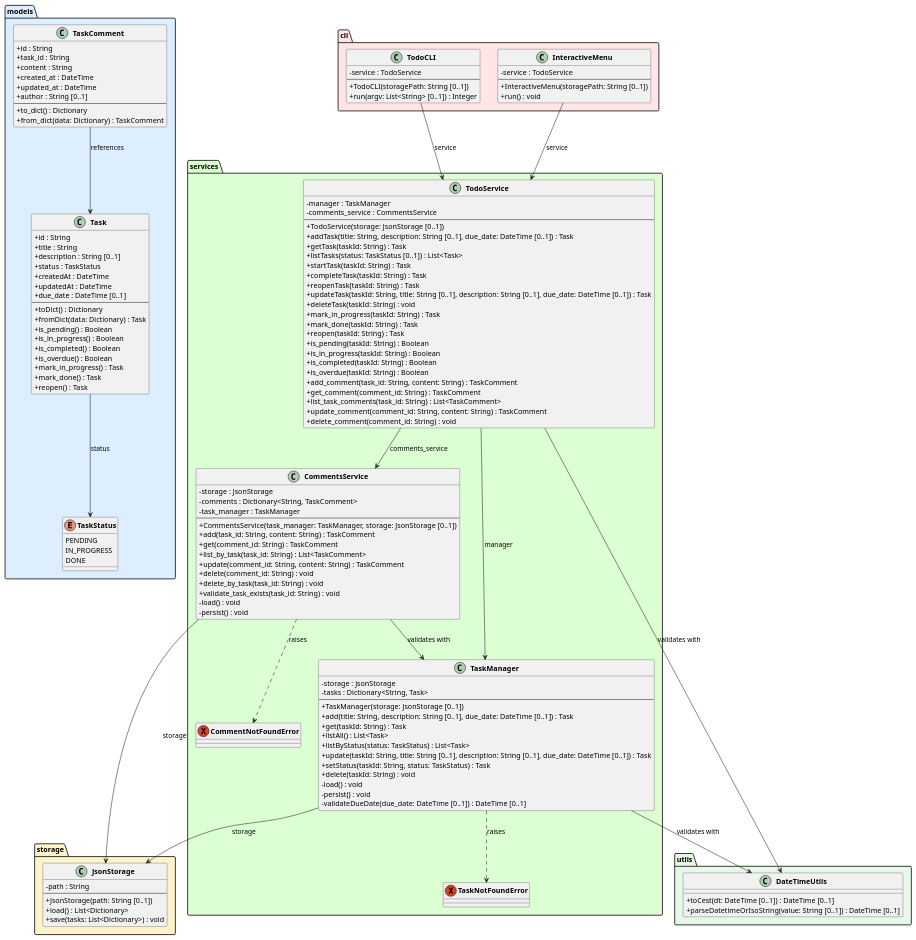
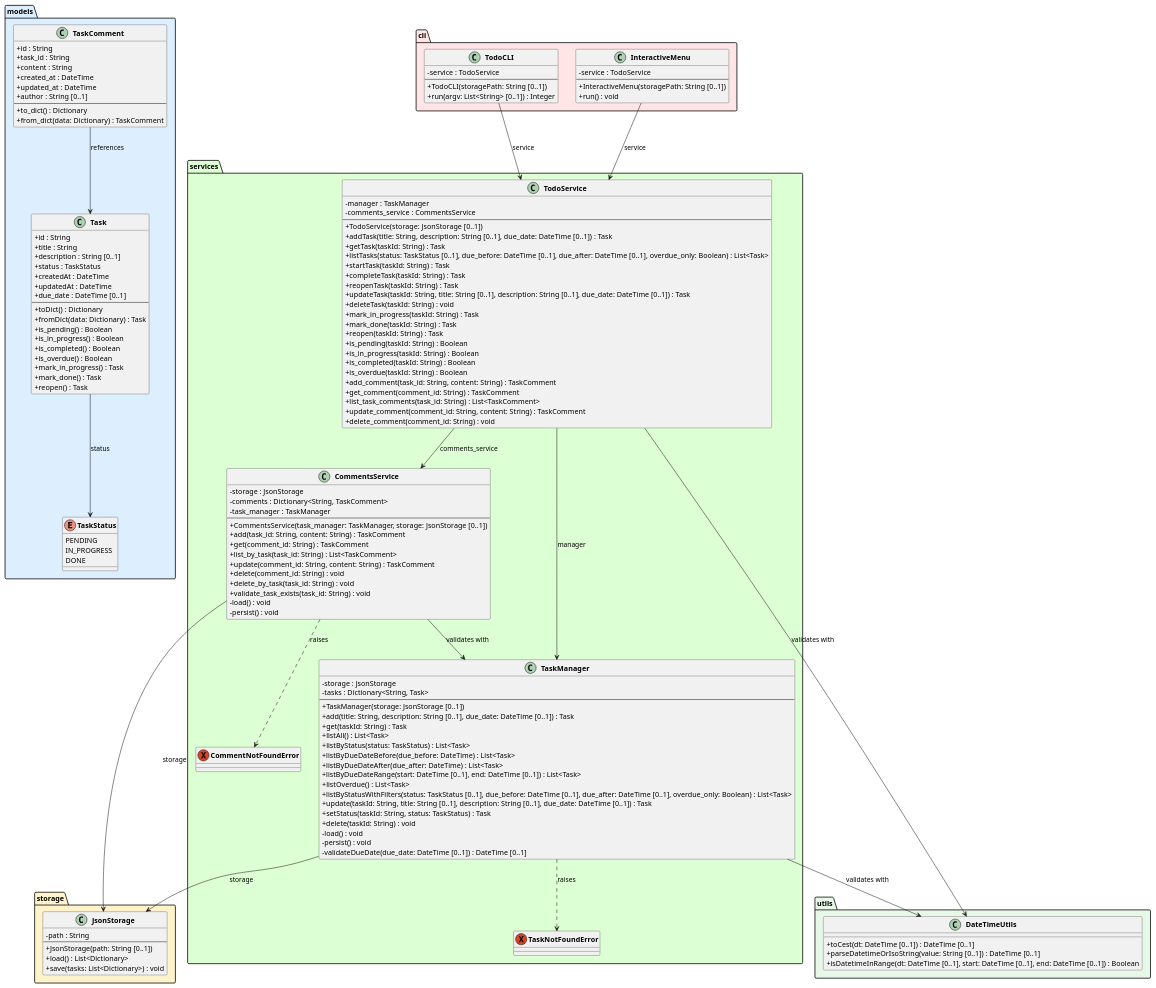
The diagram in experiments/supervisor_as_tools/user_stories/TODO/artifacts/class_diagram.puml (DanielRiha8906/Software_autoevolution_using_agents), drawn with PlantUML before and after one commit. The commit also changed 9 other files, not shown here.

```diff
--- a/experiments/supervisor_as_tools/user_stories/TODO/artifacts/class_diagram.puml
+++ b/experiments/supervisor_as_tools/user_stories/TODO/artifacts/class_diagram.puml
@@ -1,159 +1,165 @@
 @startuml class_diagram
 
 skinparam classAttributeIconSize 0
 skinparam classFontStyle bold
 
 package "models" #DDEEFF {
     enum TaskStatus {
         PENDING
         IN_PROGRESS
         DONE
     }
 
     class Task {
         +id : String
         +title : String
         +description : String [0..1]
         +status : TaskStatus
         +createdAt : DateTime
         +updatedAt : DateTime
         +due_date : DateTime [0..1]
         --
         +toDict() : Dictionary
         +fromDict(data: Dictionary) : Task
         +is_pending() : Boolean
         +is_in_progress() : Boolean
         +is_completed() : Boolean
         +is_overdue() : Boolean
         +mark_in_progress() : Task
         +mark_done() : Task
         +reopen() : Task
     }
 
     class TaskComment {
         +id : String
         +task_id : String
         +content : String
         +created_at : DateTime
         +updated_at : DateTime
         +author : String [0..1]
         --
         +to_dict() : Dictionary
         +from_dict(data: Dictionary) : TaskComment
     }
 }
 
 package "utils" #E8F8E8 {
     class DateTimeUtils {
         +toCest(dt: DateTime [0..1]) : DateTime [0..1]
         +parseDatetimeOrIsoString(value: String [0..1]) : DateTime [0..1]
+        +isDatetimeInRange(dt: DateTime [0..1], start: DateTime [0..1], end: DateTime [0..1]) : Boolean
     }
 }
 
 package "storage" #FFF3CC {
     class JsonStorage {
         -path : String
         --
         +JsonStorage(path: String [0..1])
         +load() : List<Dictionary>
         +save(tasks: List<Dictionary>) : void
     }
 }
 
 package "services" #DDFFD4 {
     exception TaskNotFoundError
     exception CommentNotFoundError
 
     class TaskManager {
         -storage : JsonStorage
         -tasks : Dictionary<String, Task>
         --
         +TaskManager(storage: JsonStorage [0..1])
         +add(title: String, description: String [0..1], due_date: DateTime [0..1]) : Task
         +get(taskId: String) : Task
         +listAll() : List<Task>
         +listByStatus(status: TaskStatus) : List<Task>
+        +listByDueDateBefore(due_before: DateTime) : List<Task>
+        +listByDueDateAfter(due_after: DateTime) : List<Task>
+        +listByDueDateRange(start: DateTime [0..1], end: DateTime [0..1]) : List<Task>
+        +listOverdue() : List<Task>
+        +listByStatusWithFilters(status: TaskStatus [0..1], due_before: DateTime [0..1], due_after: DateTime [0..1], overdue_only: Boolean) : List<Task>
         +update(taskId: String, title: String [0..1], description: String [0..1], due_date: DateTime [0..1]) : Task
         +setStatus(taskId: String, status: TaskStatus) : Task
         +delete(taskId: String) : void
         -load() : void
         -persist() : void
         -validateDueDate(due_date: DateTime [0..1]) : DateTime [0..1]
     }
 
     class CommentsService {
         -storage : JsonStorage
         -comments : Dictionary<String, TaskComment>
         -task_manager : TaskManager
         --
         +CommentsService(task_manager: TaskManager, storage: JsonStorage [0..1])
         +add(task_id: String, content: String) : TaskComment
         +get(comment_id: String) : TaskComment
         +list_by_task(task_id: String) : List<TaskComment>
         +update(comment_id: String, content: String) : TaskComment
         +delete(comment_id: String) : void
         +delete_by_task(task_id: String) : void
         +validate_task_exists(task_id: String) : void
         -load() : void
         -persist() : void
     }
 
     class TodoService {
         -manager : TaskManager
         -comments_service : CommentsService
         --
         +TodoService(storage: JsonStorage [0..1])
         +addTask(title: String, description: String [0..1], due_date: DateTime [0..1]) : Task
         +getTask(taskId: String) : Task
-        +listTasks(status: TaskStatus [0..1]) : List<Task>
+        +listTasks(status: TaskStatus [0..1], due_before: DateTime [0..1], due_after: DateTime [0..1], overdue_only: Boolean) : List<Task>
         +startTask(taskId: String) : Task
         +completeTask(taskId: String) : Task
         +reopenTask(taskId: String) : Task
         +updateTask(taskId: String, title: String [0..1], description: String [0..1], due_date: DateTime [0..1]) : Task
         +deleteTask(taskId: String) : void
         +mark_in_progress(taskId: String) : Task
         +mark_done(taskId: String) : Task
         +reopen(taskId: String) : Task
         +is_pending(taskId: String) : Boolean
         +is_in_progress(taskId: String) : Boolean
         +is_completed(taskId: String) : Boolean
         +is_overdue(taskId: String) : Boolean
         +add_comment(task_id: String, content: String) : TaskComment
         +get_comment(comment_id: String) : TaskComment
         +list_task_comments(task_id: String) : List<TaskComment>
         +update_comment(comment_id: String, content: String) : TaskComment
         +delete_comment(comment_id: String) : void
     }
 }
 
 package "cli" #FFE5E5 {
     class TodoCLI {
         -service : TodoService
         --
         +TodoCLI(storagePath: String [0..1])
         +run(argv: List<String> [0..1]) : Integer
     }
 
     class InteractiveMenu {
         -service : TodoService
         --
         +InteractiveMenu(storagePath: String [0..1])
         +run() : void
     }
 }
 
 Task --> TaskStatus : status
 TaskComment --> Task : references
 TaskManager --> JsonStorage : storage
 TaskManager ..> TaskNotFoundError : raises
 TaskManager --> DateTimeUtils : validates with
 CommentsService --> JsonStorage : storage
 CommentsService --> TaskManager : validates with
 CommentsService ..> CommentNotFoundError : raises
 TodoService --> TaskManager : manager
 TodoService --> CommentsService : comments_service
 TodoService --> DateTimeUtils : validates with
 TodoCLI --> TodoService : service
 InteractiveMenu --> TodoService : service
 
 @enduml
```
